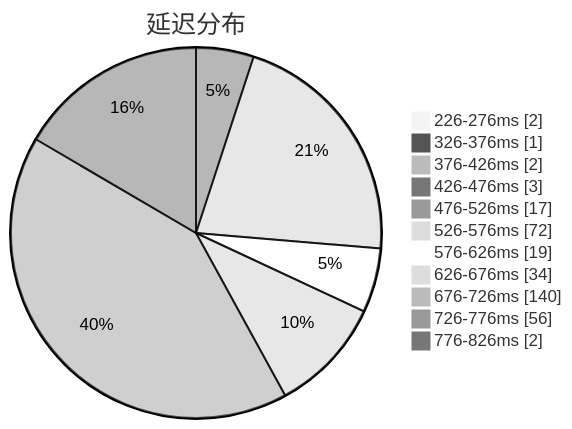
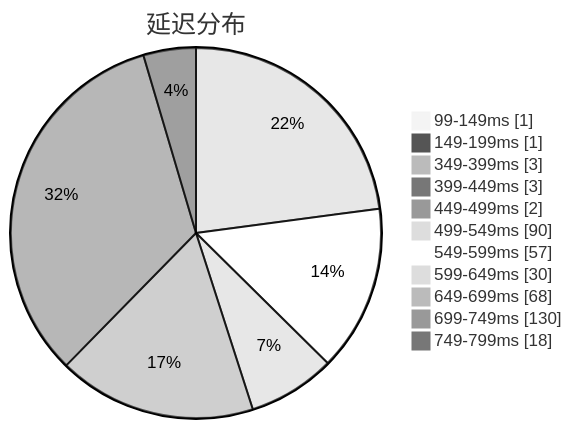
The first of 3 diagrams in subs/statistics/tested_within.md (sinspired/airport), drawn with Mermaid (neutral theme) before and after one commit. The commit also changed other lines of this file and 2 other files, not shown here.

````diff
--- a/subs/statistics/tested_within.md
+++ b/subs/statistics/tested_within.md
@@ -2,15 +2,15 @@
 ```mermaid
 pie showData
 title 延迟分布
-"226-276ms" : 2
-"326-376ms" : 1
-"376-426ms" : 2
-"426-476ms" : 3
-"476-526ms" : 17
-"526-576ms" : 72
-"576-626ms" : 19
-"626-676ms" : 34
-"676-726ms" : 140
-"726-776ms" : 56
-"776-826ms" : 2
+"99-149ms" : 1
+"149-199ms" : 1
+"349-399ms" : 3
+"399-449ms" : 3
+"449-499ms" : 2
+"499-549ms" : 90
+"549-599ms" : 57
+"599-649ms" : 30
+"649-699ms" : 68
+"699-749ms" : 130
+"749-799ms" : 18
 ```
````
